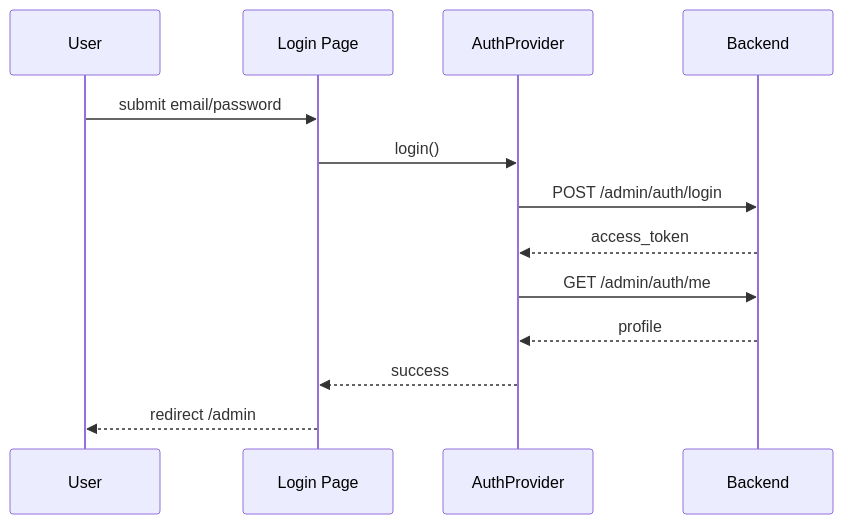
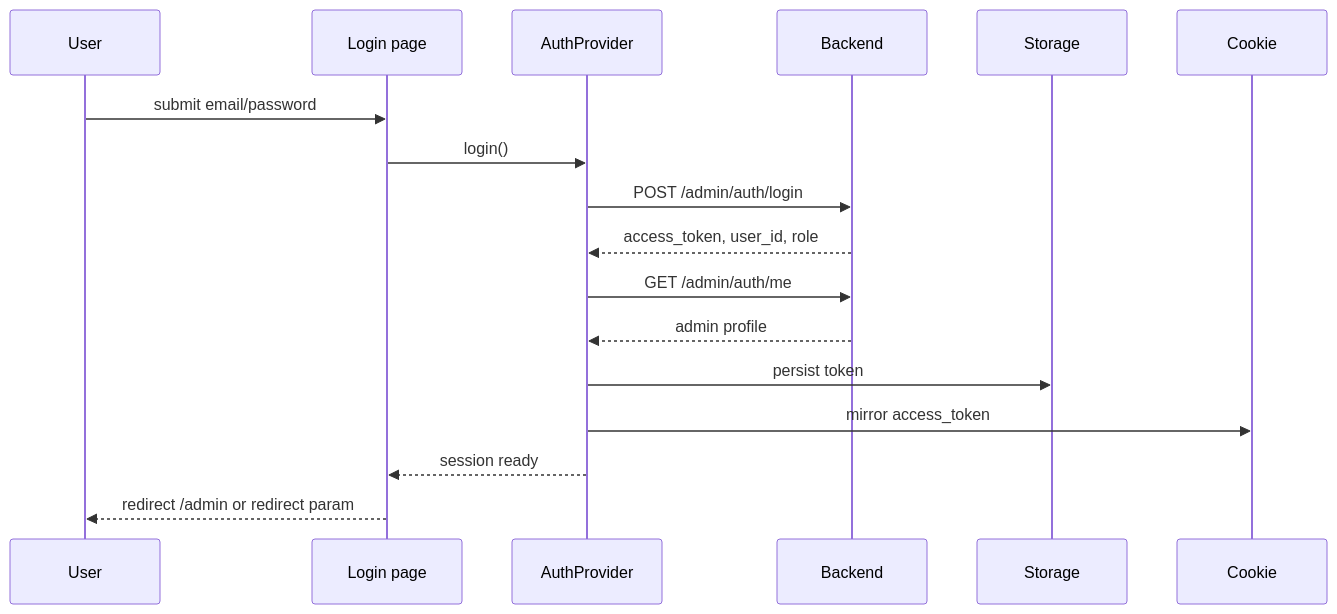
One commit to MicroClub-USTHB/multAI changed the second of 4 diagrams in frontend/docs/integration.md. Above: the diagram before and after it, drawn with Mermaid. The commit also changed other lines of this file and 4 other files, not shown here.

Commit message:
feat(auth): enhance login session restore and logout robustness

````diff
--- a/frontend/docs/integration.md
+++ b/frontend/docs/integration.md
@@ -29,16 +45,18 @@
 ```mermaid
 sequenceDiagram
   participant User
-  participant UI as Login Page
+  participant UI as Login page
   participant Auth as AuthProvider
   participant API as Backend
 
   User->>UI: submit email/password
   UI->>Auth: login()
   Auth->>API: POST /admin/auth/login
-  API-->>Auth: access_token
+  API-->>Auth: access_token, user_id, role
   Auth->>API: GET /admin/auth/me
-  API-->>Auth: profile
-  Auth-->>UI: success
-  UI-->>User: redirect /admin
+  API-->>Auth: admin profile
+  Auth->>Storage: persist token
+  Auth->>Cookie: mirror access_token
+  Auth-->>UI: session ready
+  UI-->>User: redirect /admin or redirect param
 ```
````
